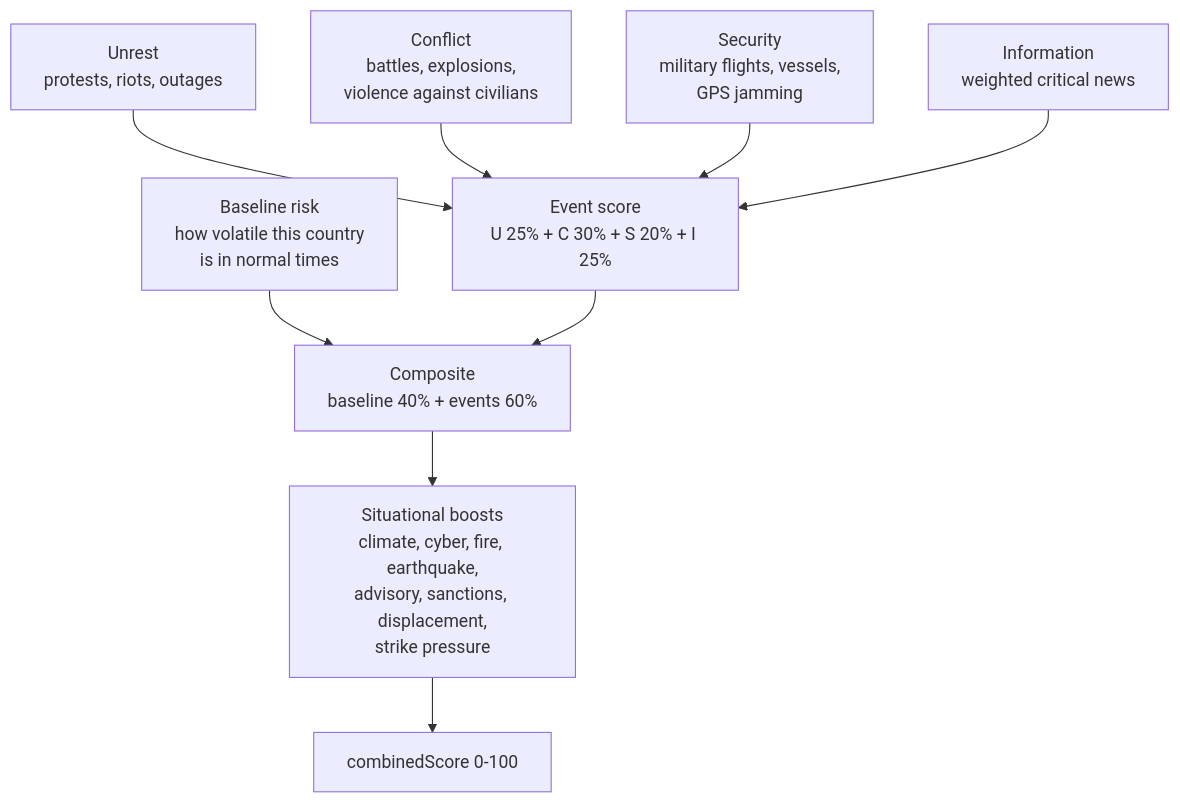
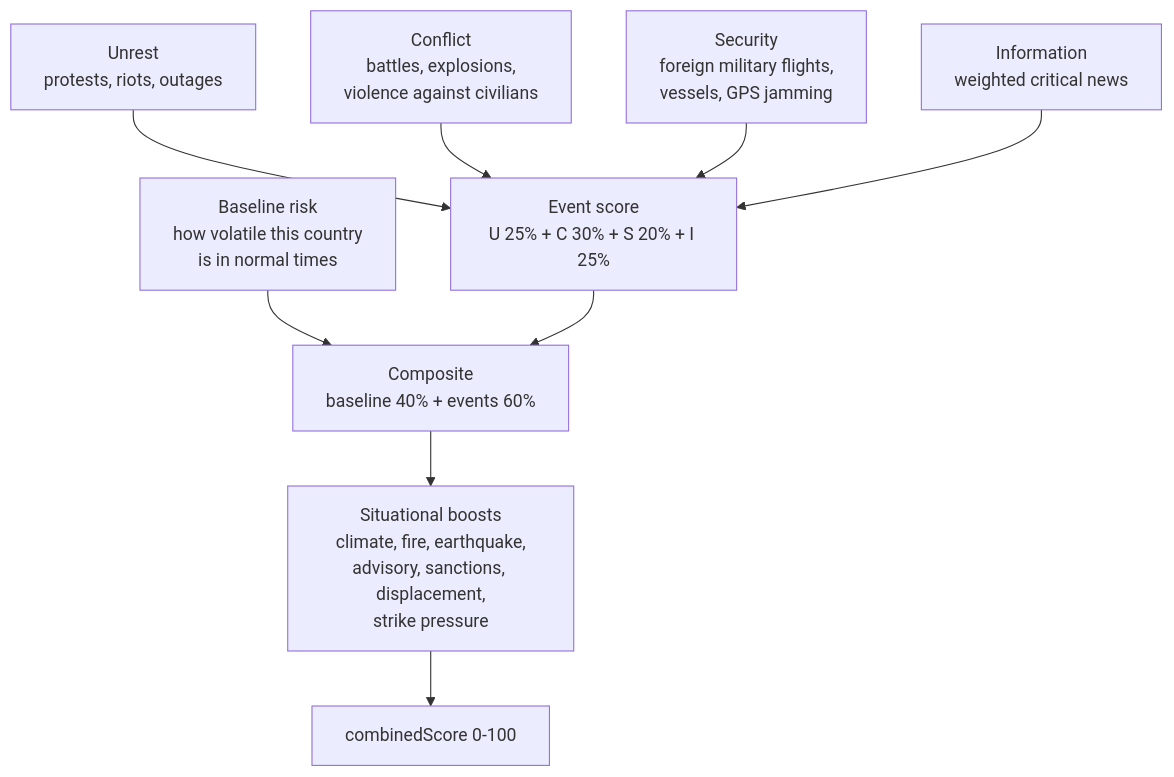
One commit to koala73/worldmonitor changed the diagram in docs/methodology/cii-risk-scores.mdx. Above: the diagram before and after it, drawn with Mermaid. The commit also changed other lines of this file and 71 other files, not shown here.

````diff
--- a/docs/methodology/cii-risk-scores.mdx
+++ b/docs/methodology/cii-risk-scores.mdx
@@ -42,11 +42,11 @@
 ```mermaid
 flowchart TD
   U["Unrest<br/>protests, riots, outages"] --> E["Event score<br/>U 25% + C 30% + S 20% + I 25%"]
   C["Conflict<br/>battles, explosions,<br/>violence against civilians"] --> E
-  S["Security<br/>military flights, vessels,<br/>GPS jamming"] --> E
+  S["Security<br/>foreign military flights,<br/>vessels, GPS jamming"] --> E
   I["Information<br/>weighted critical news"] --> E
   B["Baseline risk<br/>how volatile this country<br/>is in normal times"] --> M["Composite<br/>baseline 40% + events 60%"]
   E --> M
-  M --> X["Situational boosts<br/>climate, cyber, fire, earthquake,<br/>advisory, sanctions, displacement,<br/>strike pressure"]
+  M --> X["Situational boosts<br/>climate, fire, earthquake,<br/>advisory, sanctions, displacement,<br/>strike pressure"]
   X --> R["combinedScore 0-100"]
 ```
````
